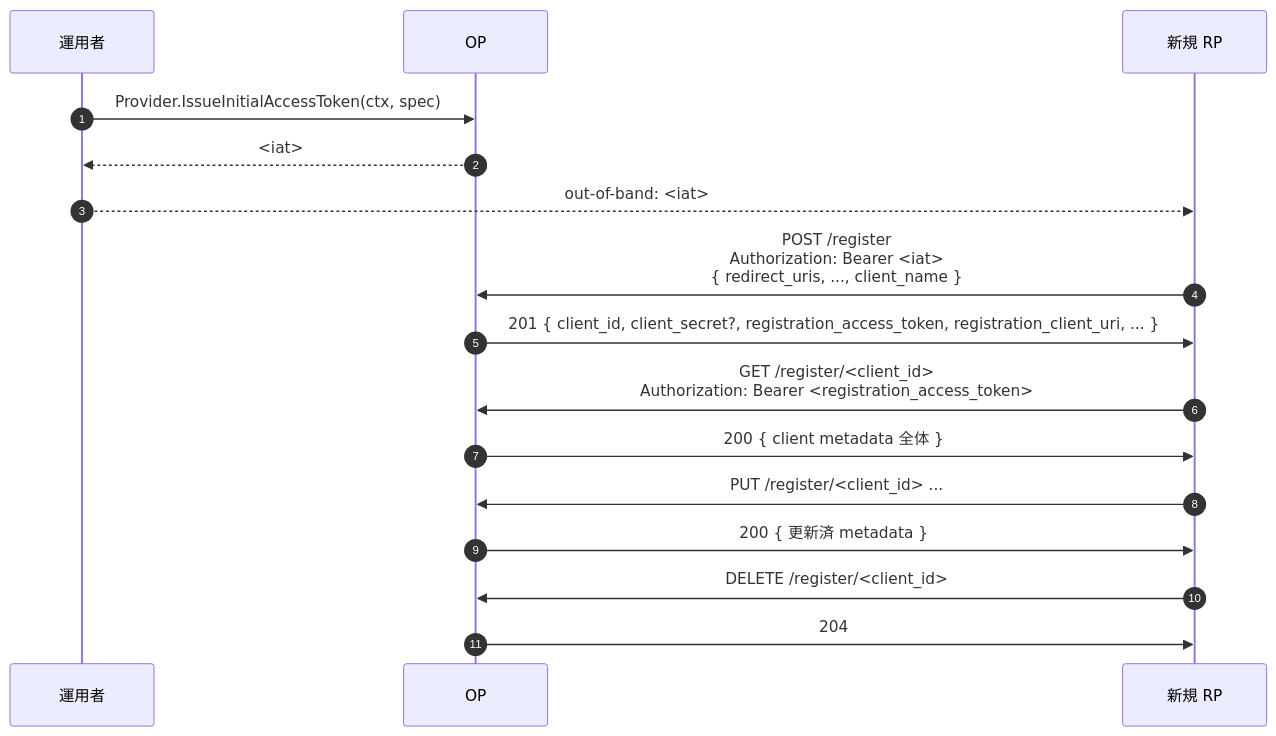
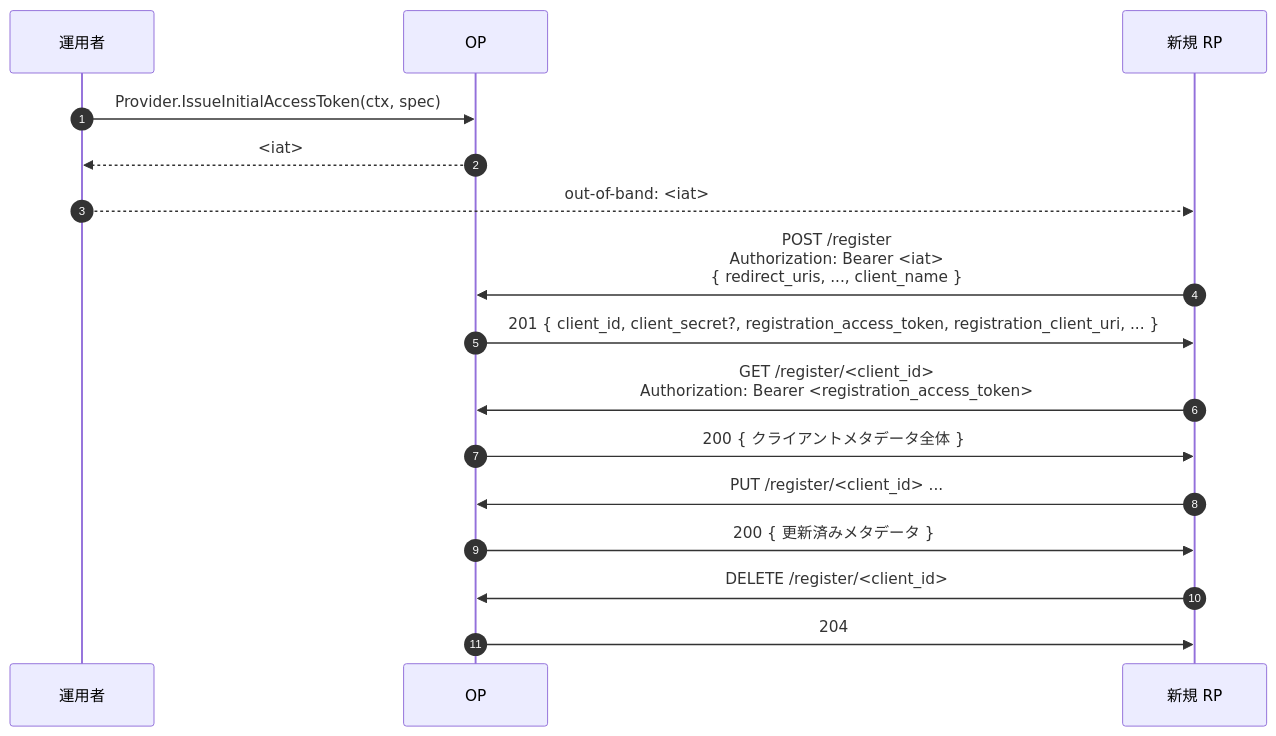
One commit to libraz/go-oidc-provider-homepage changed the diagram in src/ja/use-cases/dynamic-registration.md. Above: the diagram before and after it, drawn with Mermaid. The commit also changed other lines of this file and 34 other files, not shown here.

````diff
--- a/src/ja/use-cases/dynamic-registration.md
+++ b/src/ja/use-cases/dynamic-registration.md
@@ -31,19 +31,19 @@
 ```mermaid
 sequenceDiagram
     autonumber
     participant ADM as 運用者
     participant OP
     participant RP as 新規 RP
 
     ADM->>OP: Provider.IssueInitialAccessToken(ctx, spec)
     OP-->>ADM: <iat>
     ADM-->>RP: out-of-band: <iat>
     RP->>OP: POST /register<br/>Authorization: Bearer <iat><br/>{ redirect_uris, ..., client_name }
     OP->>RP: 201 { client_id, client_secret?, registration_access_token, registration_client_uri, ... }
     RP->>OP: GET /register/<client_id><br/>Authorization: Bearer <registration_access_token>
-    OP->>RP: 200 { client metadata 全体 }
+    OP->>RP: 200 { クライアントメタデータ全体 }
     RP->>OP: PUT /register/<client_id> ...
-    OP->>RP: 200 { 更新済 metadata }
+    OP->>RP: 200 { 更新済みメタデータ }
     RP->>OP: DELETE /register/<client_id>
     OP->>RP: 204
 ```
````
